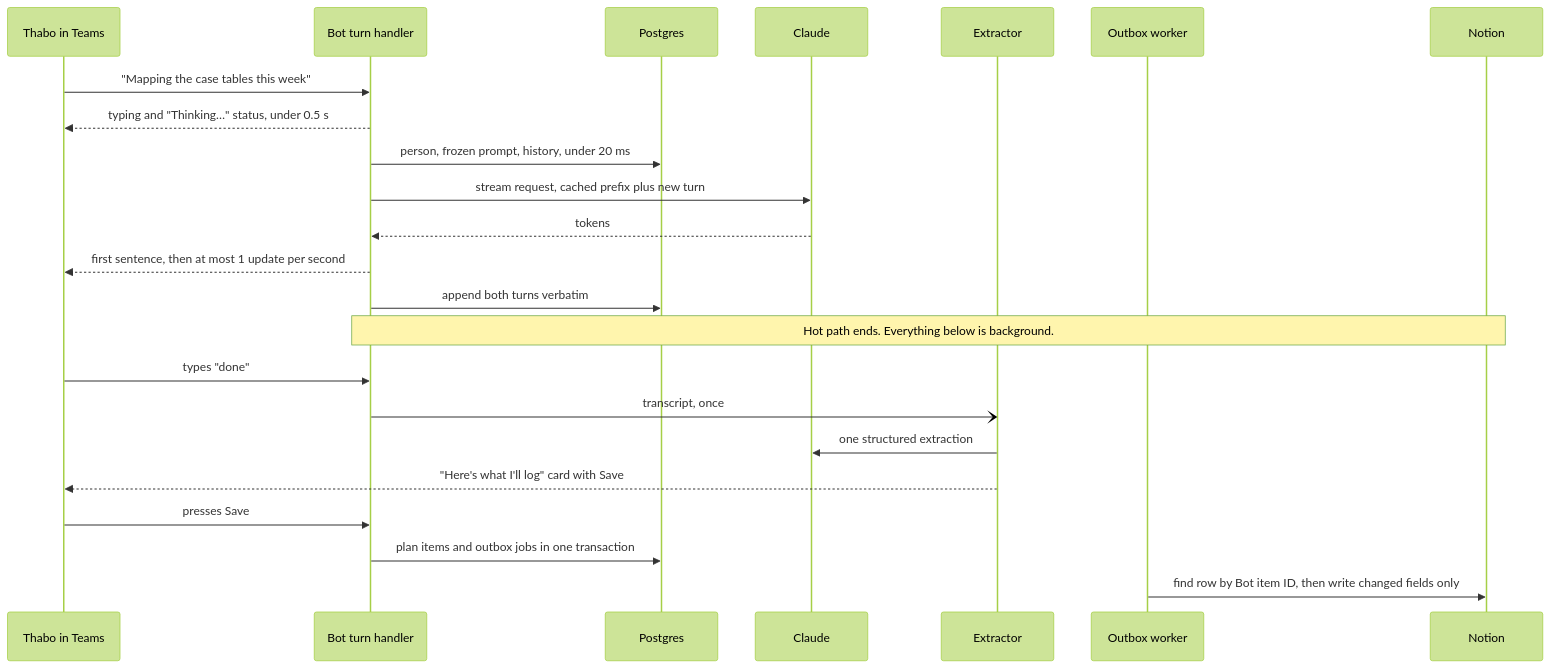
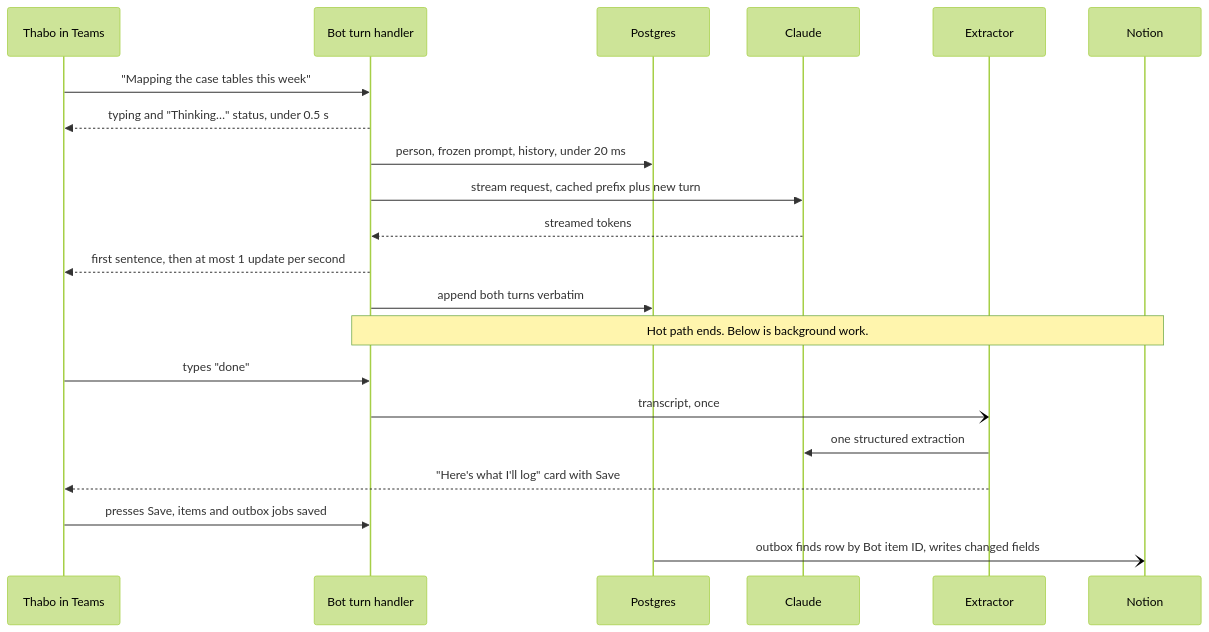
The second of 2 diagrams in docs/design.md (bedwards85/team-plannig-bot), drawn with Mermaid (forest theme) before and after one commit. The commit also changed other lines of this file and 1 other file, not shown here.

````diff
--- a/docs/design.md
+++ b/docs/design.md
@@ -42,25 +40,23 @@
 ```mermaid
 sequenceDiagram
   participant P as Thabo in Teams
   participant B as Bot turn handler
   participant D as Postgres
   participant C as Claude
   participant X as Extractor
-  participant O as Outbox worker
   participant N as Notion
   P->>B: "Mapping the case tables this week"
   B-->>P: typing and "Thinking…" status, under 0.5 s
   B->>D: person, frozen prompt, history, under 20 ms
   B->>C: stream request, cached prefix plus new turn
-  C-->>B: tokens
+  C-->>B: streamed tokens
   B-->>P: first sentence, then at most 1 update per second
   B->>D: append both turns verbatim
-  Note over B,N: Hot path ends. Everything below is background.
+  Note over B,N: Hot path ends. Below is background work.
   P->>B: types "done"
   B-)X: transcript, once
   X->>C: one structured extraction
   X-->>P: "Here's what I'll log" card with Save
-  P->>B: presses Save
-  B->>D: plan items and outbox jobs in one transaction
-  O->>N: find row by Bot item ID, then write changed fields only
+  P->>B: presses Save, items and outbox jobs saved
+  D-)N: outbox finds row by Bot item ID, writes changed fields
 ```
````
